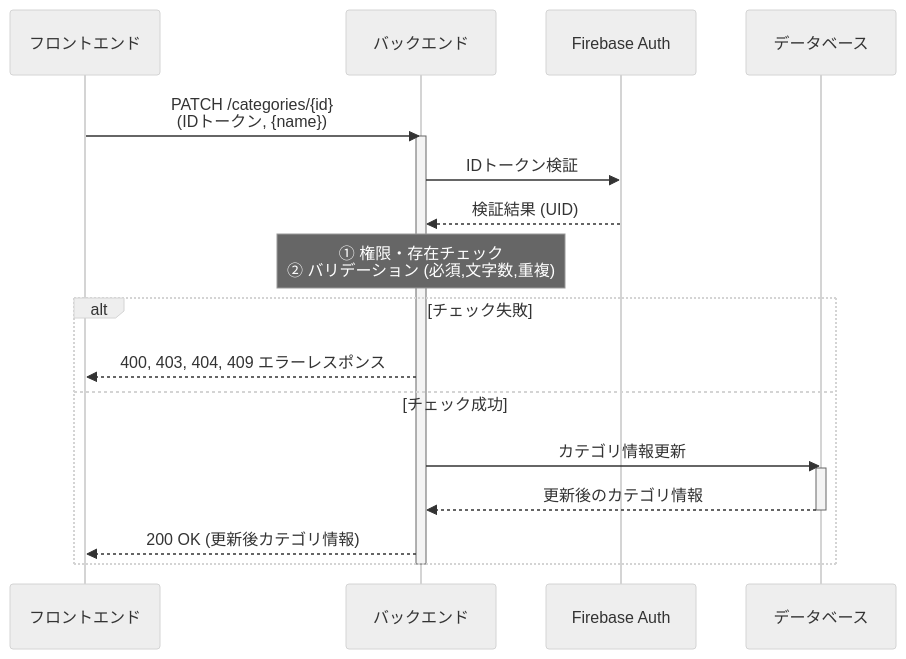
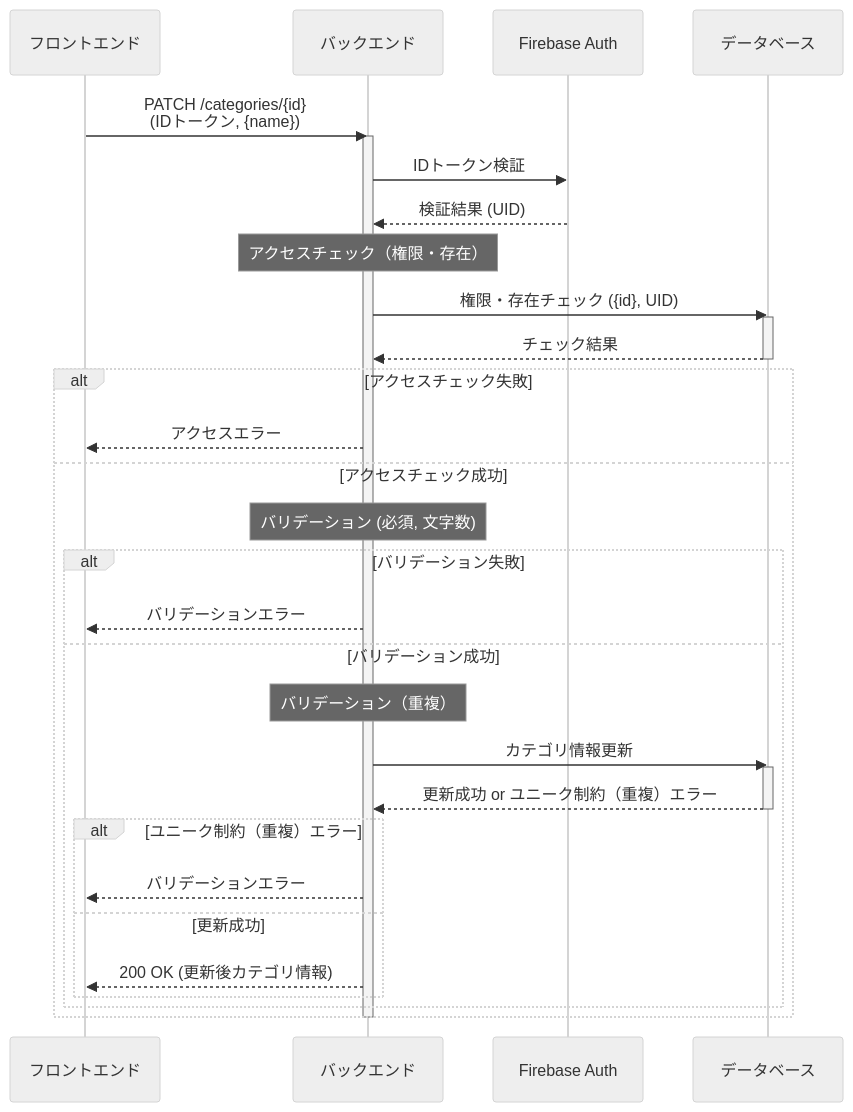
Before and after one commit to miki-hayashi-71/inventory-api: the fourth of 9 diagrams in doc/seaquence.md, drawn with Mermaid (neutral theme). The commit also changed other lines of this file, not shown here.

Commit message:
docs: Update sequence diagram

````diff
--- a/doc/seaquence.md
+++ b/doc/seaquence.md
@@ -89,25 +99,41 @@
 ```mermaid
 sequenceDiagram
     participant フロントエンド
     participant バックエンド
     participant Firebase Auth
     participant データベース
 
     フロントエンド->>バックエンド: PATCH /categories/{id} <br> (IDトークン, {name})
     activate バックエンド
     バックエンド->>Firebase Auth: IDトークン検証
     Firebase Auth-->>バックエンド: 検証結果 (UID)
 
-    note over バックエンド: ① 権限・存在チェック <br> ② バリデーション (必須,文字数,重複)
+    note over バックエンド: アクセスチェック（権限・存在）
+    バックエンド->>データベース: 権限・存在チェック ({id}, UID)
+    activate データベース
+    データベース-->>バックエンド: チェック結果
+    deactivate データベース
 
-    alt チェック失敗
-        バックエンド-->>フロントエンド: 400, 403, 404, 409 エラーレスポンス
-    else チェック成功
-        バックエンド->>データベース: カテゴリ情報更新
-        activate データベース
-        データベース-->>バックエンド: 更新後のカテゴリ情報
-        deactivate データベース
-        バックエンド-->>フロントエンド: 200 OK (更新後カテゴリ情報)
+    alt アクセスチェック失敗
+        バックエンド-->>フロントエンド: アクセスエラー
+    else アクセスチェック成功
+        note over バックエンド: バリデーション (必須, 文字数)
+        
+        alt バリデーション失敗
+            バックエンド-->>フロントエンド: バリデーションエラー
+        else バリデーション成功
+            note over バックエンド: バリデーション（重複）
+            バックエンド->>データベース: カテゴリ情報更新
+            activate データベース
+            データベース-->>バックエンド: 更新成功 or ユニーク制約（重複）エラー
+            deactivate データベース
+
+            alt ユニーク制約（重複）エラー
+                バックエンド-->>フロントエンド: バリデーションエラー
+            else 更新成功
+                バックエンド-->>フロントエンド: 200 OK (更新後カテゴリ情報)
+            end
+        end
     end
     deactivate バックエンド
 ```
````
